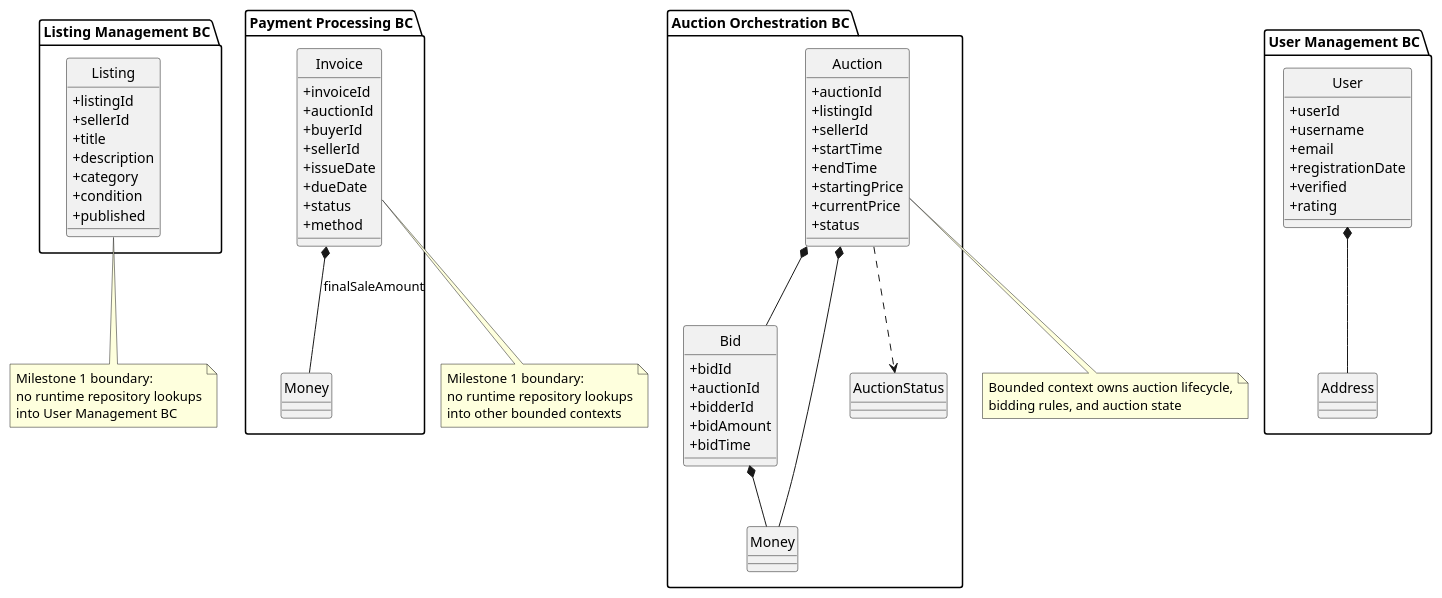
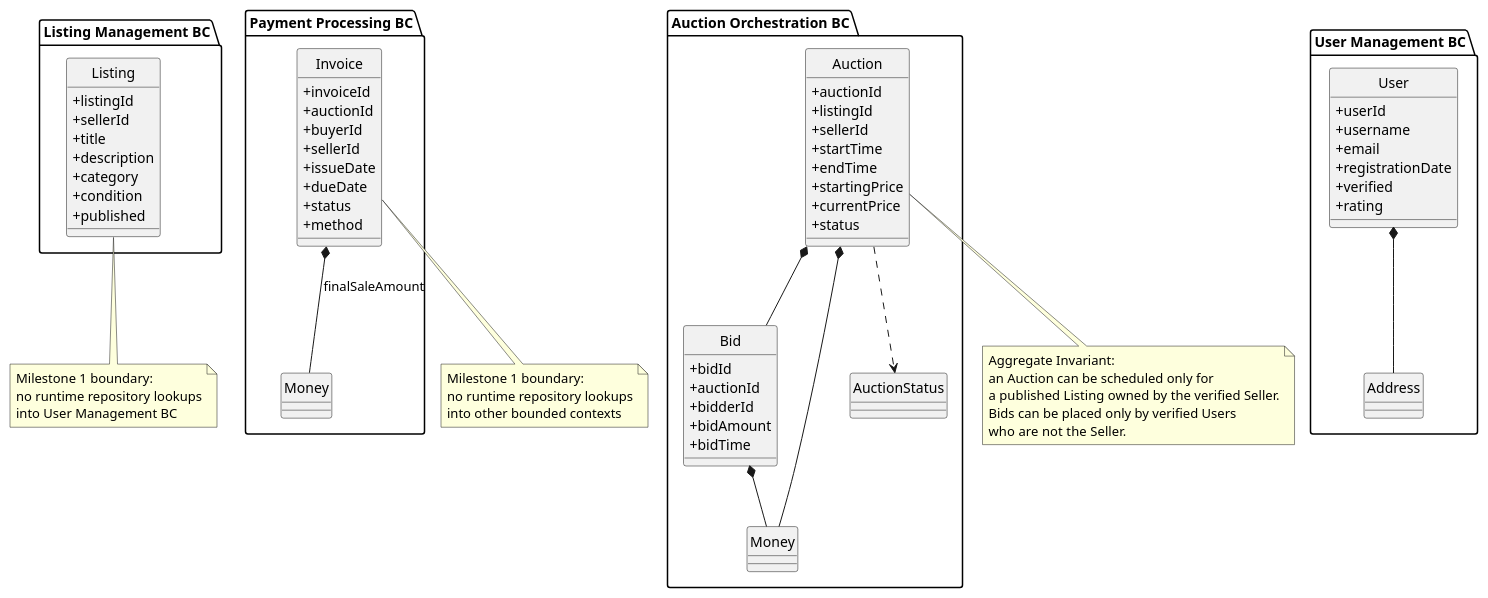
One commit to Noah-tdf/AuctionMicroservice changed the diagram in diagrams/ddd-domain-model.puml. Above: the diagram before and after it, drawn with PlantUML. The commit also changed 56 other files, not shown here.

```diff
--- a/diagrams/ddd-domain-model.puml
+++ b/diagrams/ddd-domain-model.puml
@@ -1,92 +1,95 @@
 @startuml
 hide circle
 skinparam classAttributeIconSize 0
 
 package "User Management BC" {
   class User {
     +userId
     +username
     +email
     +registrationDate
     +verified
     +rating
   }
   class Address
   User *-- Address
 }
 
 package "Auction Orchestration BC" {
   class Auction {
     +auctionId
     +listingId
     +sellerId
     +startTime
     +endTime
     +startingPrice
     +currentPrice
     +status
   }
 
   class Bid {
     +bidId
     +auctionId
     +bidderId
     +bidAmount
     +bidTime
   }
 
   class Money
   class AuctionStatus
 
   Auction *-- Bid
   Auction *-- Money
   Bid *-- Money
   Auction ..> AuctionStatus
 }
 
 package "Listing Management BC" {
   class Listing {
     +listingId
     +sellerId
     +title
     +description
     +category
     +condition
     +published
   }
 }
 
 package "Payment Processing BC" {
   class Invoice {
     +invoiceId
     +auctionId
     +buyerId
     +sellerId
     +issueDate
     +dueDate
     +status
     +method
   }
 
   class Money
   Invoice *-- Money : finalSaleAmount
 }
 
 note bottom of Listing
   Milestone 1 boundary:
   no runtime repository lookups
   into User Management BC
 end note
 
 note bottom of Invoice
   Milestone 1 boundary:
   no runtime repository lookups
   into other bounded contexts
 end note
 
 note bottom of Auction
-  Bounded context owns auction lifecycle,
-  bidding rules, and auction state
+  Aggregate Invariant:
+  an Auction can be scheduled only for
+  a published Listing owned by the verified Seller.
+  Bids can be placed only by verified Users
+  who are not the Seller.
 end note
 
 @enduml
```
